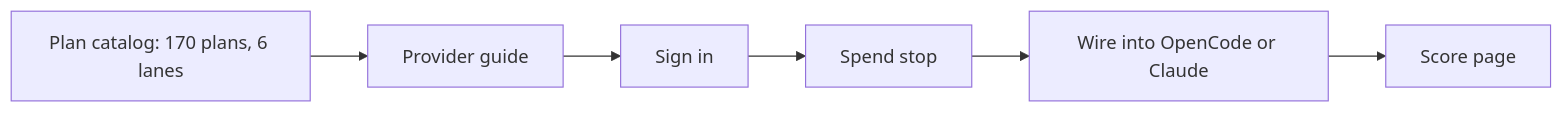
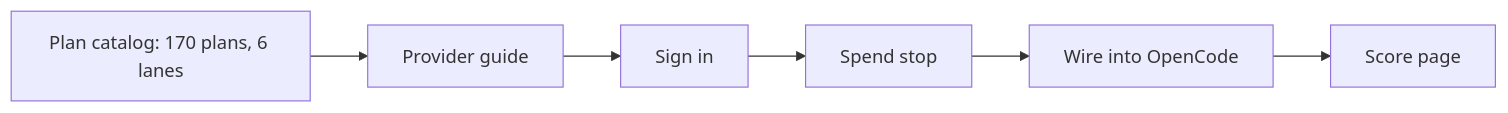
The diagram in SPEC.md (SoulCraft-Org/compute-crafter), drawn with Mermaid before and after one commit. The commit also changed other lines of this file and 63 other files, not shown here.

First line of the commit message:
Scope Compute Crafter to OpenCode and open weights only (#329)

````diff
--- a/SPEC.md
+++ b/SPEC.md
@@ -10,4 +10,4 @@
 ```mermaid
 flowchart LR
-  C[Plan catalog: 170 plans, 6 lanes] --> G[Provider guide] --> L[Sign in] --> S[Spend stop] --> W[Wire into OpenCode or Claude] --> Q[Score page]
+  C[Plan catalog: 170 plans, 6 lanes] --> G[Provider guide] --> L[Sign in] --> S[Spend stop] --> W[Wire into OpenCode] --> Q[Score page]
 ```
````
